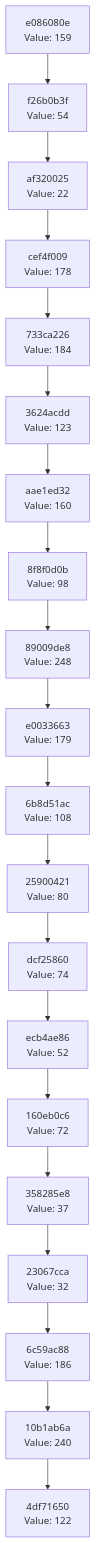
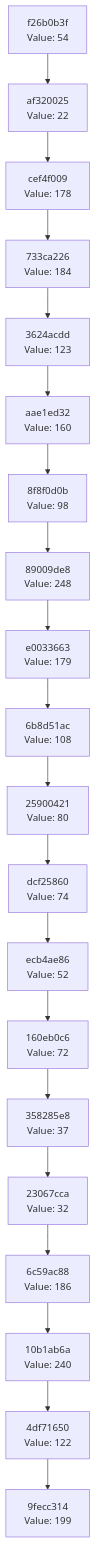
One commit to Abhisheksinha1506/hash-chain-evolver changed the diagram in docs/CHAIN_VISUALIZATION.md. Above: the diagram before and after it, drawn with Mermaid. The commit also changed 2 other files, not shown here.

Commit message:
Evolution Step

````diff
--- a/docs/CHAIN_VISUALIZATION.md
+++ b/docs/CHAIN_VISUALIZATION.md
@@ -3,42 +3,42 @@
 ```mermaid
 graph TD
-    C0["4df71650<br/>Value: 122"]
-    C1["10b1ab6a<br/>Value: 240"]
+    C0["9fecc314<br/>Value: 199"]
+    C1["4df71650<br/>Value: 122"]
     C1 --> C0
-    C2["6c59ac88<br/>Value: 186"]
+    C2["10b1ab6a<br/>Value: 240"]
     C2 --> C1
-    C3["23067cca<br/>Value: 32"]
+    C3["6c59ac88<br/>Value: 186"]
     C3 --> C2
-    C4["358285e8<br/>Value: 37"]
+    C4["23067cca<br/>Value: 32"]
     C4 --> C3
-    C5["160eb0c6<br/>Value: 72"]
+    C5["358285e8<br/>Value: 37"]
     C5 --> C4
-    C6["ecb4ae86<br/>Value: 52"]
+    C6["160eb0c6<br/>Value: 72"]
     C6 --> C5
-    C7["dcf25860<br/>Value: 74"]
+    C7["ecb4ae86<br/>Value: 52"]
     C7 --> C6
-    C8["25900421<br/>Value: 80"]
+    C8["dcf25860<br/>Value: 74"]
     C8 --> C7
-    C9["6b8d51ac<br/>Value: 108"]
+    C9["25900421<br/>Value: 80"]
     C9 --> C8
-    C10["e0033663<br/>Value: 179"]
+    C10["6b8d51ac<br/>Value: 108"]
     C10 --> C9
-    C11["89009de8<br/>Value: 248"]
+    C11["e0033663<br/>Value: 179"]
     C11 --> C10
-    C12["8f8f0d0b<br/>Value: 98"]
+    C12["89009de8<br/>Value: 248"]
     C12 --> C11
-    C13["aae1ed32<br/>Value: 160"]
+    C13["8f8f0d0b<br/>Value: 98"]
     C13 --> C12
-    C14["3624acdd<br/>Value: 123"]
+    C14["aae1ed32<br/>Value: 160"]
     C14 --> C13
-    C15["733ca226<br/>Value: 184"]
+    C15["3624acdd<br/>Value: 123"]
     C15 --> C14
-    C16["cef4f009<br/>Value: 178"]
+    C16["733ca226<br/>Value: 184"]
     C16 --> C15
-    C17["af320025<br/>Value: 22"]
+    C17["cef4f009<br/>Value: 178"]
     C17 --> C16
-    C18["f26b0b3f<br/>Value: 54"]
+    C18["af320025<br/>Value: 22"]
     C18 --> C17
-    C19["e086080e<br/>Value: 159"]
+    C19["f26b0b3f<br/>Value: 54"]
     C19 --> C18
 ```
````
